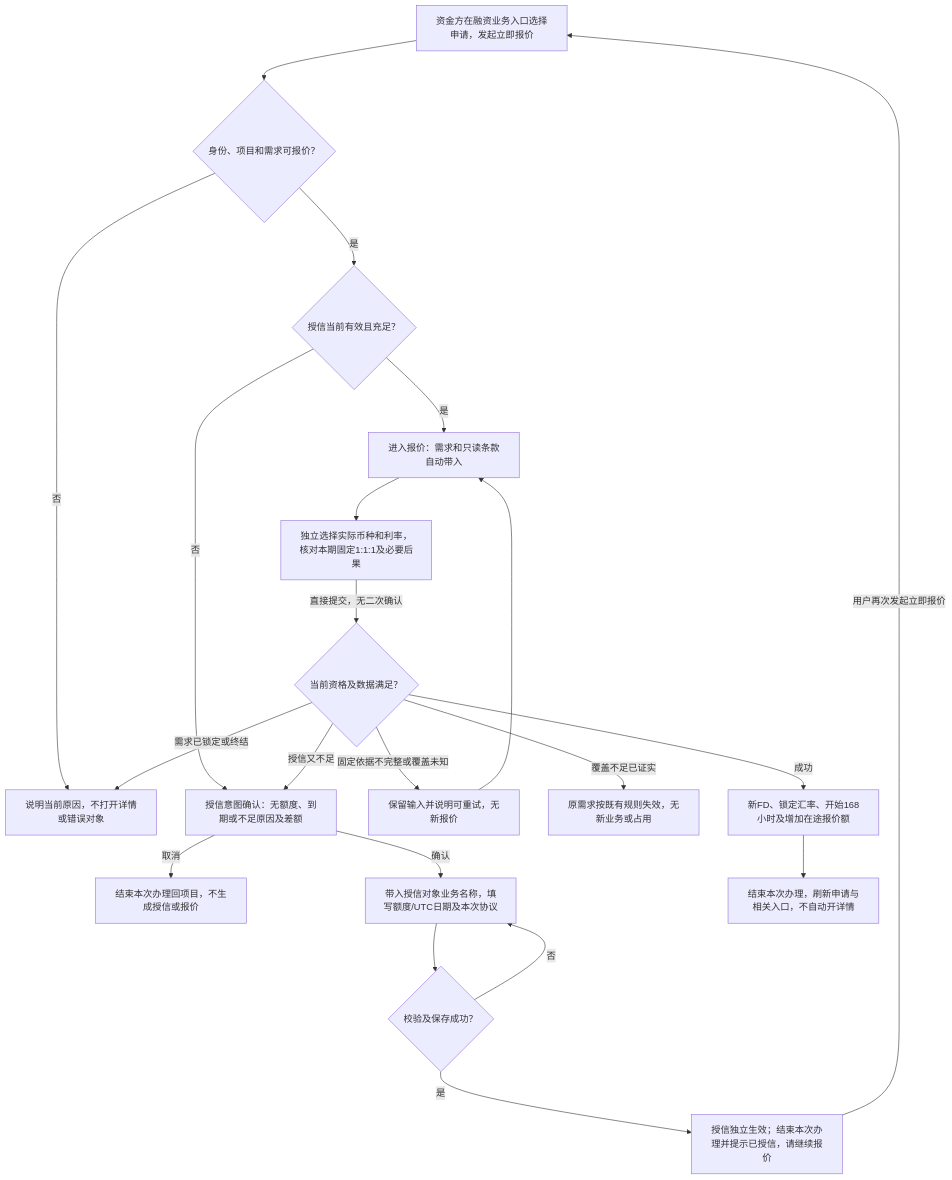
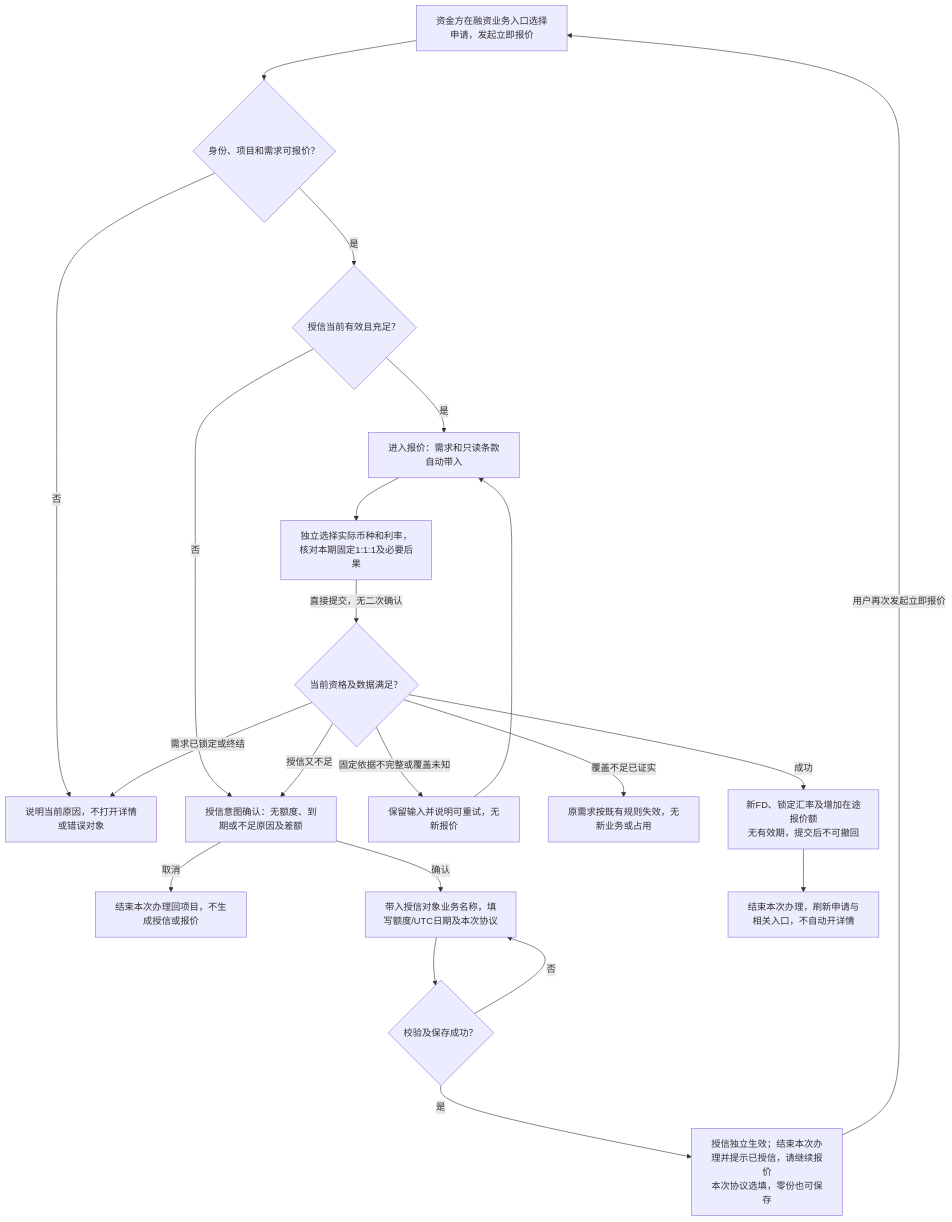
The first of 8 diagrams in lending-platform/PRD/v1.0-借贷广场-授信报价与接受拒绝/02-授信报价与接受拒绝-流程图与状态机.md (wxblockchain/Chain-Financing), drawn with Mermaid before and after one commit. The commit also changed other lines of this file and 5 other files, not shown here.

````diff
--- a/lending-platform/PRD/v1.0-借贷广场-授信报价与接受拒绝/02-授信报价与接受拒绝-流程图与状态机.md
+++ b/lending-platform/PRD/v1.0-借贷广场-授信报价与接受拒绝/02-授信报价与接受拒绝-流程图与状态机.md
@@ -12,23 +12,23 @@
 ```mermaid
 flowchart TD
   A[资金方在融资业务入口选择申请，发起立即报价] --> B{身份、项目和需求可报价？}
   B -->|否| X[说明当前原因，不打开详情或错误对象]
   B -->|是| C{授信当前有效且充足？}
   C -->|否| D[授信意图确认：无额度、到期或不足原因及差额]
   D -->|取消| E[结束本次办理回项目，不生成授信或报价]
   D -->|确认| F[带入授信对象业务名称，填写额度/UTC日期及本次协议]
   F --> G{校验及保存成功？}
   G -->|否| F
-  G -->|是| H[授信独立生效；结束本次办理并提示已授信，请继续报价]
+  G -->|是| H[授信独立生效；结束本次办理并提示已授信，请继续报价<br/>本次协议选填，零份也可保存]
   H -->|用户再次发起立即报价| A
   C -->|是| Q[进入报价：需求和只读条款自动带入]
   Q --> R[独立选择实际币种和利率，核对本期固定1:1:1及必要后果]
   R -->|直接提交，无二次确认| S{当前资格及数据满足？}
   S -->|固定依据不完整或覆盖未知| U[保留输入并说明可重试，无新报价]
   U --> Q
   S -->|覆盖不足已证实| V[原需求按既有规则失效，无新业务或占用]
   S -->|需求已锁定或终结| X
   S -->|授信又不足| D
-  S -->|成功| W[新FD、锁定汇率、开始168小时及增加在途报价额]
+  S -->|成功| W[新FD、锁定汇率及增加在途报价额<br/>无有效期，提交后不可撤回]
   W --> Z[结束本次办理，刷新申请与相关入口，不自动开详情]
 ```
````
